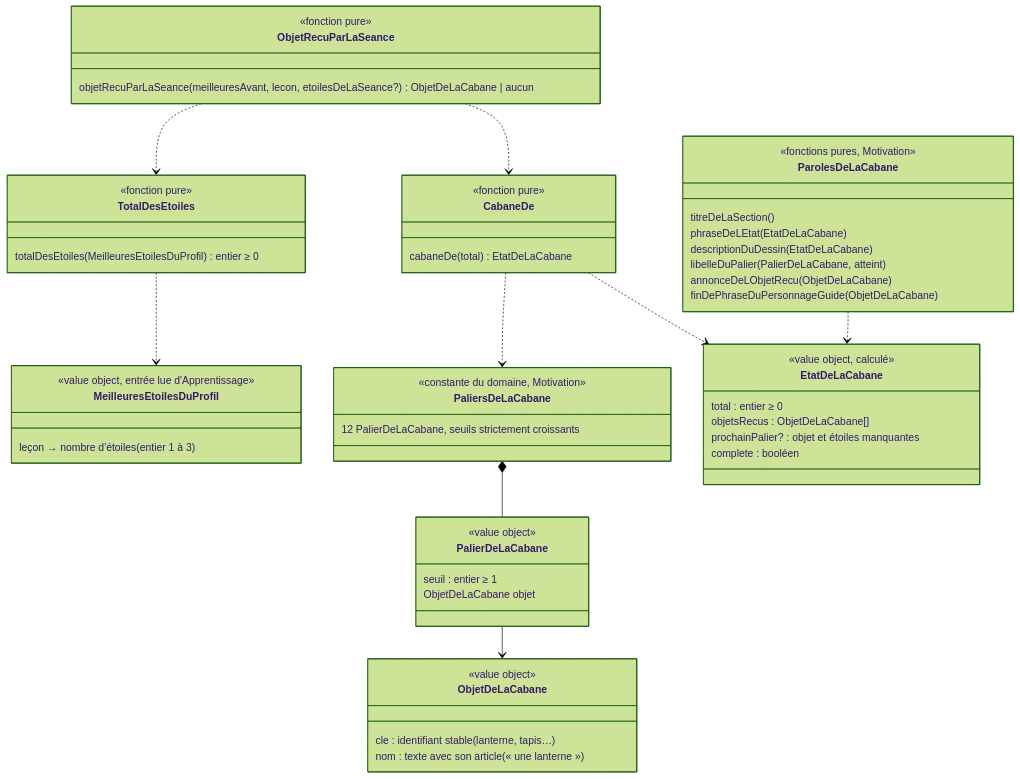
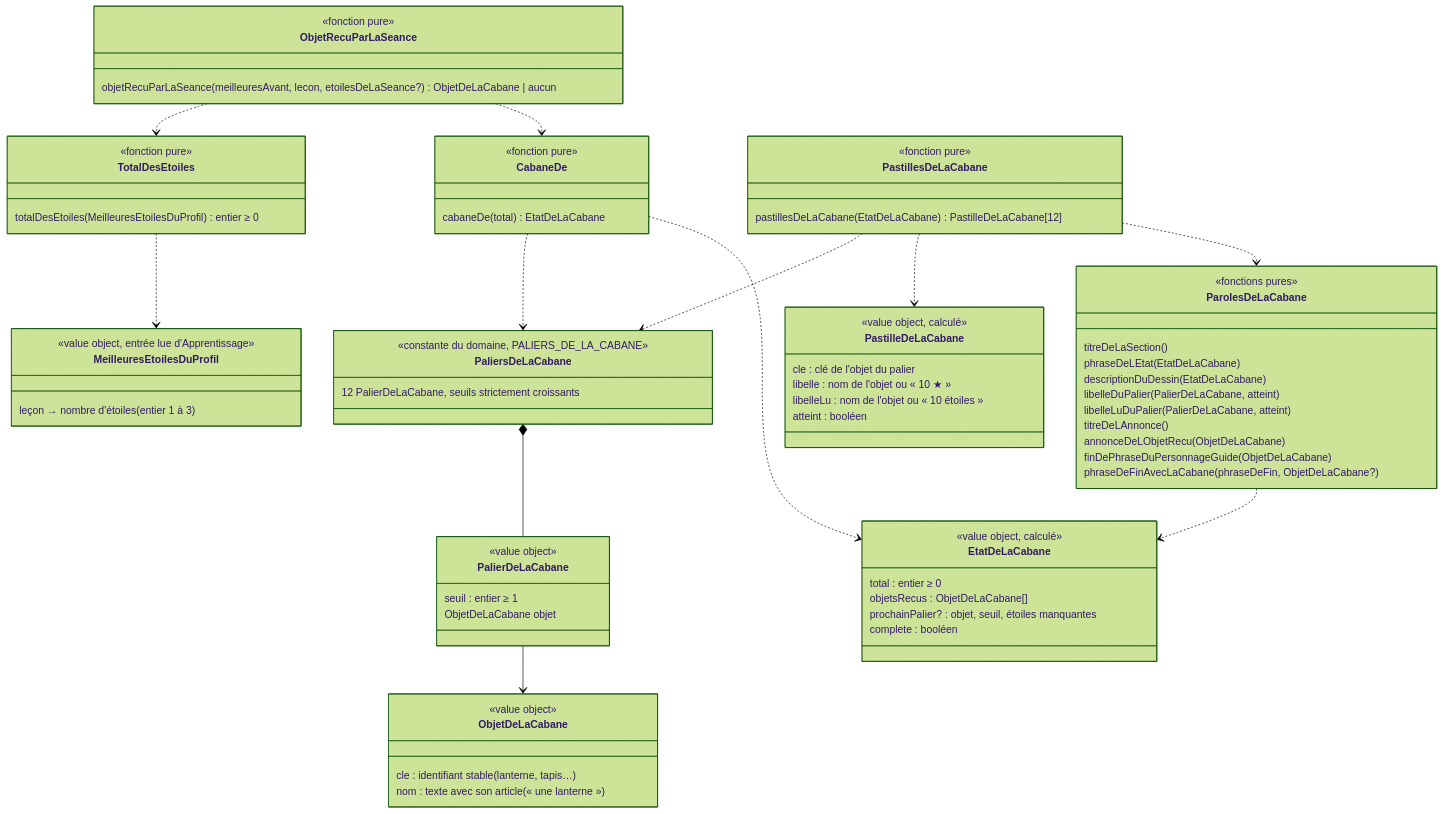
One commit to SBA-dev/github-move changed the diagram in docs/stories/32/domain-model.md. Above: the diagram before and after it, drawn with Mermaid (forest theme). The commit also changed other lines of this file and 2 other files, not shown here.

First line of the commit message:
docs(#32): modèle du domaine livré, termes validés au glossaire

````diff
--- a/docs/stories/32/domain-model.md
+++ b/docs/stories/32/domain-model.md
@@ -64,57 +65,74 @@
 ```mermaid
 classDiagram
   class PaliersDeLaCabane {
-    <<constante du domaine, Motivation>>
+    <<constante du domaine, PALIERS_DE_LA_CABANE>>
     12 PalierDeLaCabane, seuils strictement croissants
   }
   class PalierDeLaCabane {
     <<value object>>
     seuil : entier ≥ 1
     ObjetDeLaCabane objet
   }
   class ObjetDeLaCabane {
     <<value object>>
     cle : identifiant stable (lanterne, tapis…)
     nom : texte avec son article (« une lanterne »)
   }
   class MeilleuresEtoilesDuProfil {
     <<value object, entrée lue d'Apprentissage>>
     leçon → nombre d'étoiles (entier 1 à 3)
   }
   class TotalDesEtoiles {
     <<fonction pure>>
     totalDesEtoiles(MeilleuresEtoilesDuProfil) entier ≥ 0
   }
   class EtatDeLaCabane {
     <<value object, calculé>>
     total : entier ≥ 0
     objetsRecus : ObjetDeLaCabane[]
-    prochainPalier? : objet et étoiles manquantes
+    prochainPalier? : objet, seuil, étoiles manquantes
     complete : booléen
   }
   class CabaneDe {
     <<fonction pure>>
     cabaneDe(total) EtatDeLaCabane
   }
   class ObjetRecuParLaSeance {
     <<fonction pure>>
     objetRecuParLaSeance(meilleuresAvant, lecon, etoilesDeLaSeance?) ObjetDeLaCabane | aucun
   }
+  class PastilleDeLaCabane {
+    <<value object, calculé>>
+    cle : clé de l'objet du palier
+    libelle : nom de l'objet ou « 10 ★ »
+    libelleLu : nom de l'objet ou « 10 étoiles »
+    atteint : booléen
+  }
+  class PastillesDeLaCabane {
+    <<fonction pure>>
+    pastillesDeLaCabane(EtatDeLaCabane) PastilleDeLaCabane[12]
+  }
   class ParolesDeLaCabane {
-    <<fonctions pures, Motivation>>
+    <<fonctions pures>>
     titreDeLaSection()
     phraseDeLEtat(EtatDeLaCabane)
     descriptionDuDessin(EtatDeLaCabane)
     libelleDuPalier(PalierDeLaCabane, atteint)
+    libelleLuDuPalier(PalierDeLaCabane, atteint)
+    titreDeLAnnonce()
     annonceDeLObjetRecu(ObjetDeLaCabane)
     finDePhraseDuPersonnageGuide(ObjetDeLaCabane)
+    phraseDeFinAvecLaCabane(phraseDeFin, ObjetDeLaCabane?)
   }
   PaliersDeLaCabane *-- PalierDeLaCabane
   PalierDeLaCabane --> ObjetDeLaCabane
   TotalDesEtoiles ..> MeilleuresEtoilesDuProfil
   CabaneDe ..> PaliersDeLaCabane
   CabaneDe ..> EtatDeLaCabane
   ObjetRecuParLaSeance ..> TotalDesEtoiles
   ObjetRecuParLaSeance ..> CabaneDe
+  PastillesDeLaCabane ..> PaliersDeLaCabane
+  PastillesDeLaCabane ..> PastilleDeLaCabane
+  PastillesDeLaCabane ..> ParolesDeLaCabane
   ParolesDeLaCabane ..> EtatDeLaCabane
 ```
````
